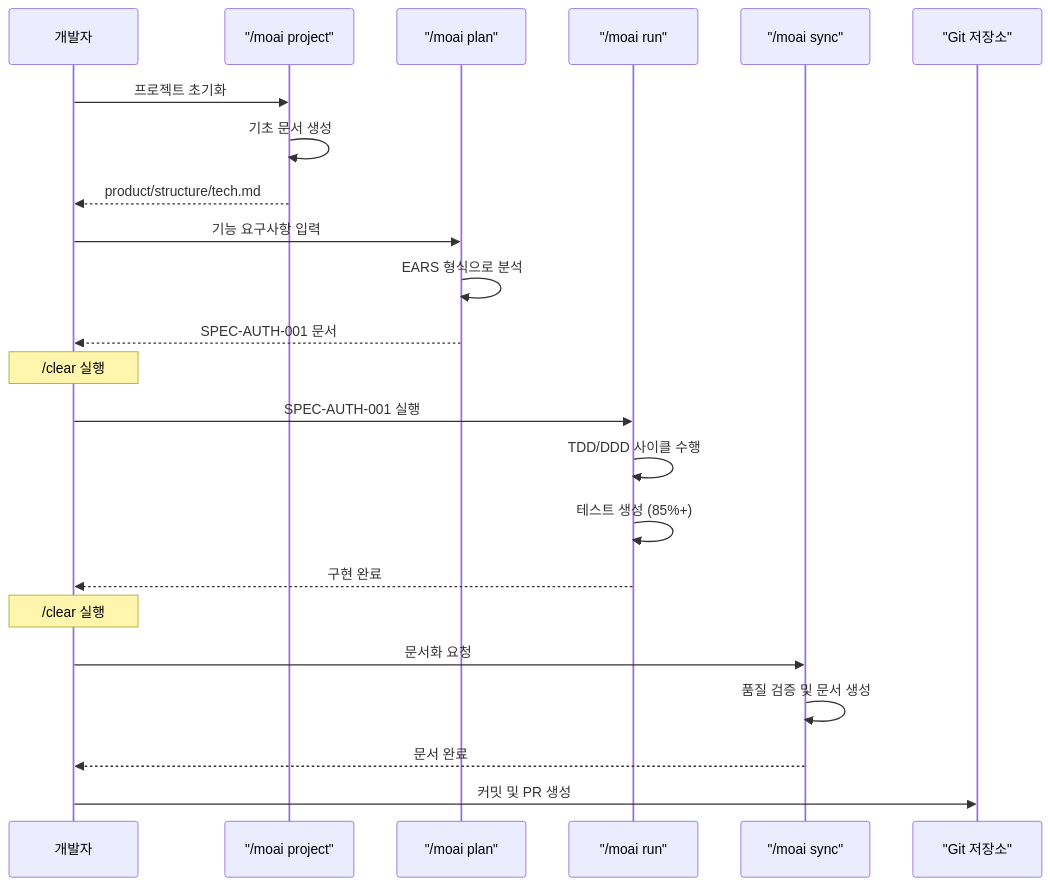
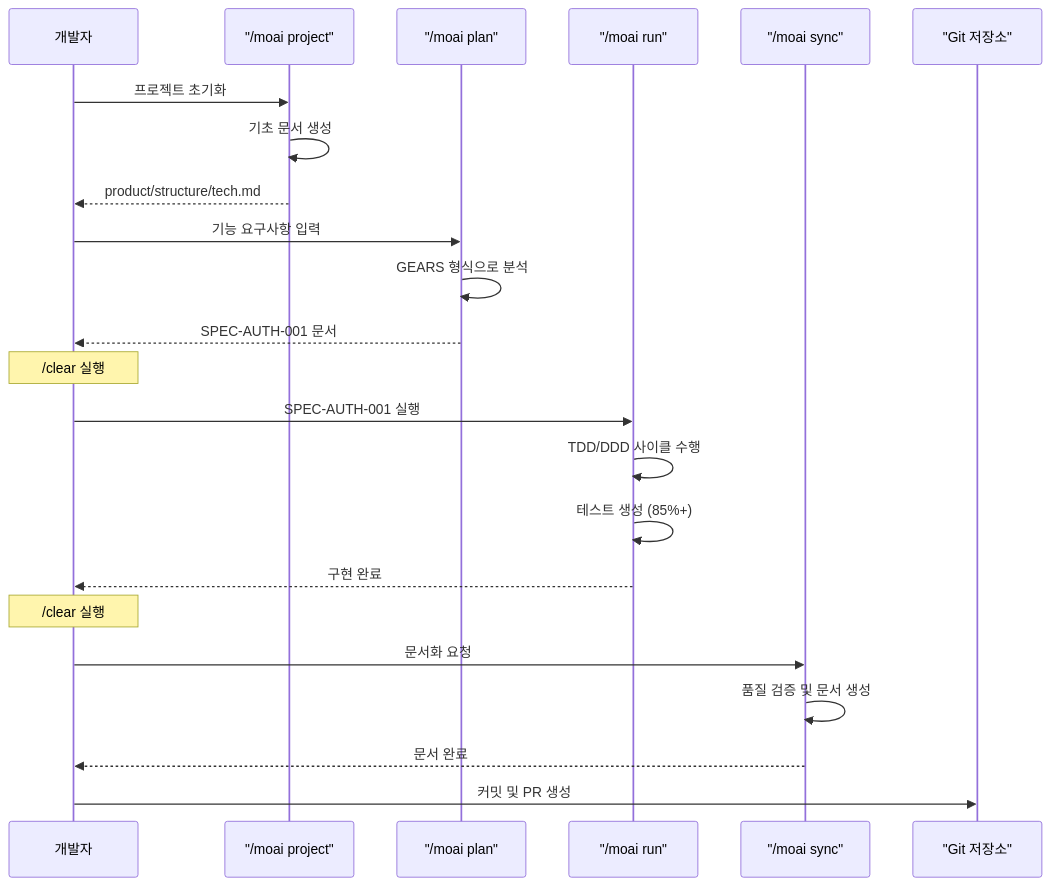
The seventh of 9 diagrams in docs-site/content/ko/getting-started/quickstart.md (modu-ai/moai-adk), drawn with Mermaid before and after one commit. The commit also changed other lines of this file and 15 other files, not shown here.

````diff
--- a/docs-site/content/ko/getting-started/quickstart.md
+++ b/docs-site/content/ko/getting-started/quickstart.md
@@ -249,32 +249,32 @@
 ```mermaid
 sequenceDiagram
     participant Dev as 개발자
     participant Project as "/moai project"
     participant Plan as "/moai plan"
     participant Run as "/moai run"
     participant Sync as "/moai sync"
     participant Git as "Git 저장소"
 
     Dev->>Project: 프로젝트 초기화
     Project->>Project: 기초 문서 생성
     Project-->>Dev: product/structure/tech.md
 
     Dev->>Plan: 기능 요구사항 입력
-    Plan->>Plan: EARS 형식으로 분석
+    Plan->>Plan: GEARS 형식으로 분석
     Plan-->>Dev: SPEC-AUTH-001 문서
 
     Note over Dev: /clear 실행
 
     Dev->>Run: SPEC-AUTH-001 실행
     Run->>Run: TDD/DDD 사이클 수행
     Run->>Run: 테스트 생성 (85%+)
     Run-->>Dev: 구현 완료
 
     Note over Dev: /clear 실행
 
     Dev->>Sync: 문서화 요청
     Sync->>Sync: 품질 검증 및 문서 생성
     Sync-->>Dev: 문서 완료
 
     Dev->>Git: 커밋 및 PR 생성
 ```
````
